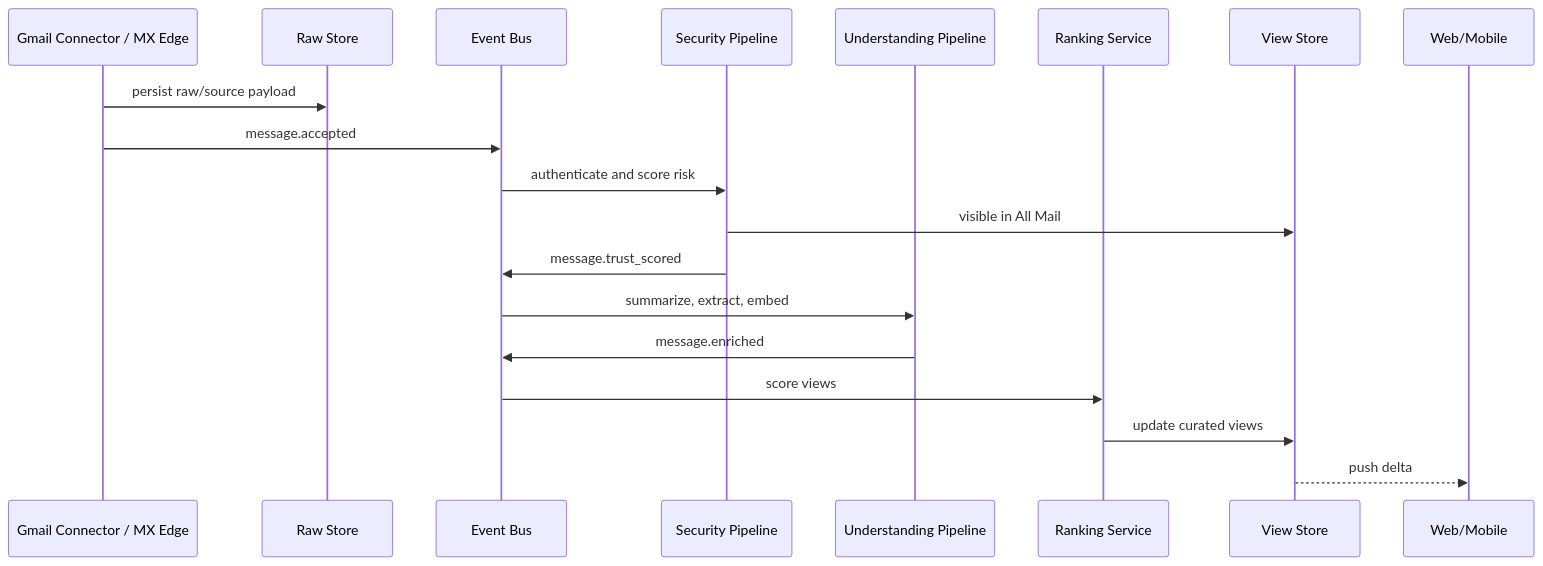
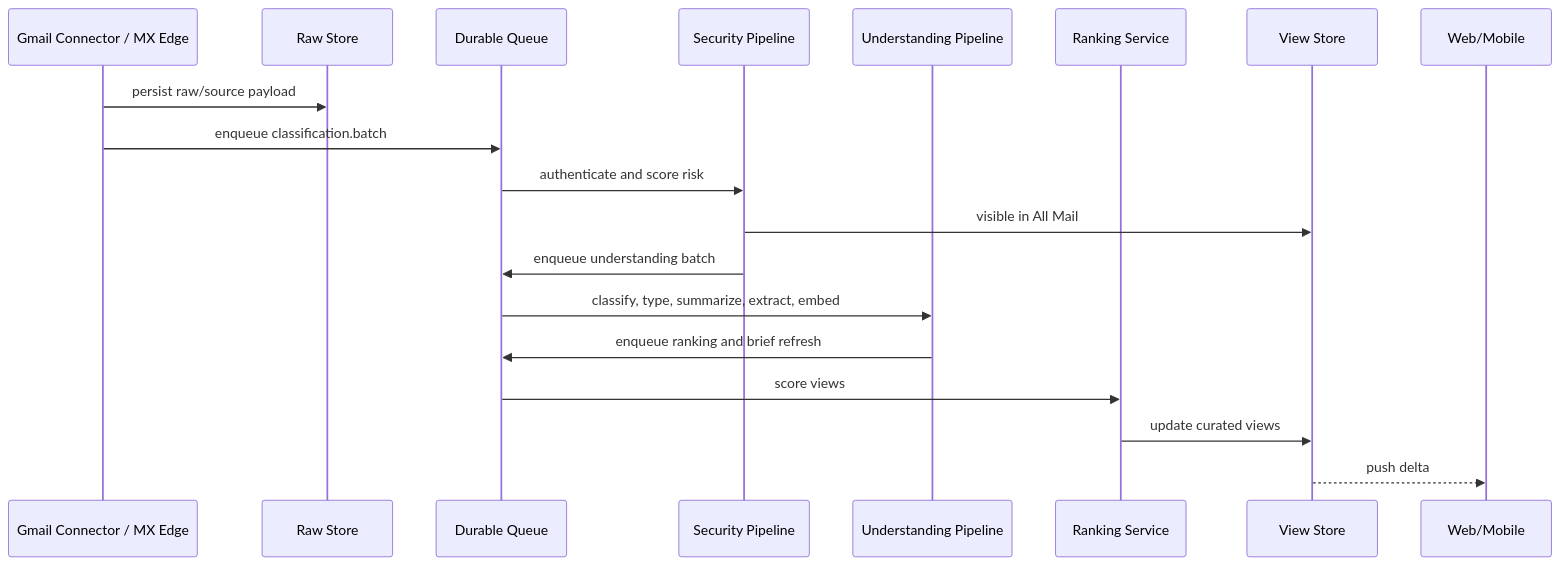
Before and after one commit to withjam/sanemail: the second of 2 diagrams in docs/architecture.md, drawn with Mermaid. The commit also changed other lines of this file and 37 other files, not shown here.

````diff
--- a/docs/architecture.md
+++ b/docs/architecture.md
@@ -243,22 +307,22 @@
 ```mermaid
 sequenceDiagram
     participant Source as Gmail Connector / MX Edge
     participant Raw as Raw Store
-    participant Bus as Event Bus
+    participant Queue as Durable Queue
     participant Trust as Security Pipeline
     participant AI as Understanding Pipeline
     participant Rank as Ranking Service
     participant View as View Store
     participant App as Web/Mobile
 
     Source->>Raw: persist raw/source payload
-    Source->>Bus: message.accepted
-    Bus->>Trust: authenticate and score risk
+    Source->>Queue: enqueue classification.batch
+    Queue->>Trust: authenticate and score risk
     Trust->>View: visible in All Mail
-    Trust->>Bus: message.trust_scored
-    Bus->>AI: summarize, extract, embed
-    AI->>Bus: message.enriched
-    Bus->>Rank: score views
+    Trust->>Queue: enqueue understanding batch
+    Queue->>AI: classify, type, summarize, extract, embed
+    AI->>Queue: enqueue ranking and brief refresh
+    Queue->>Rank: score views
     Rank->>View: update curated views
     View-->>App: push delta
 ```
````
